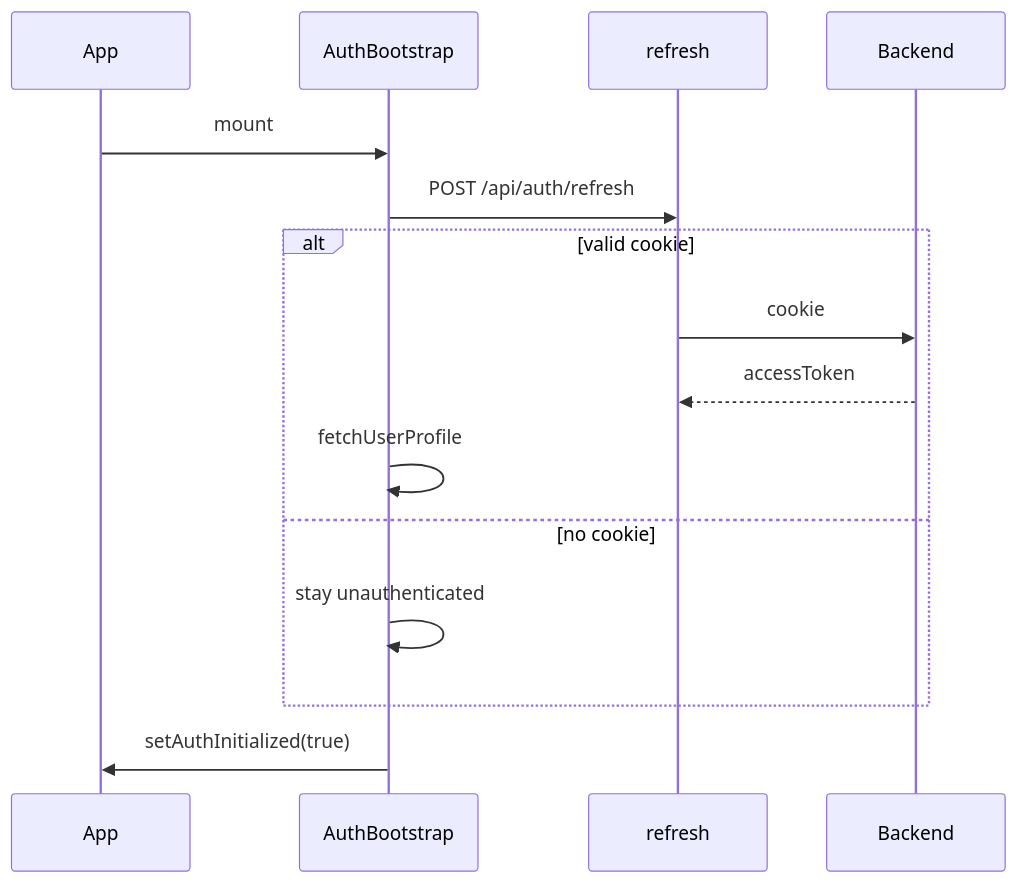
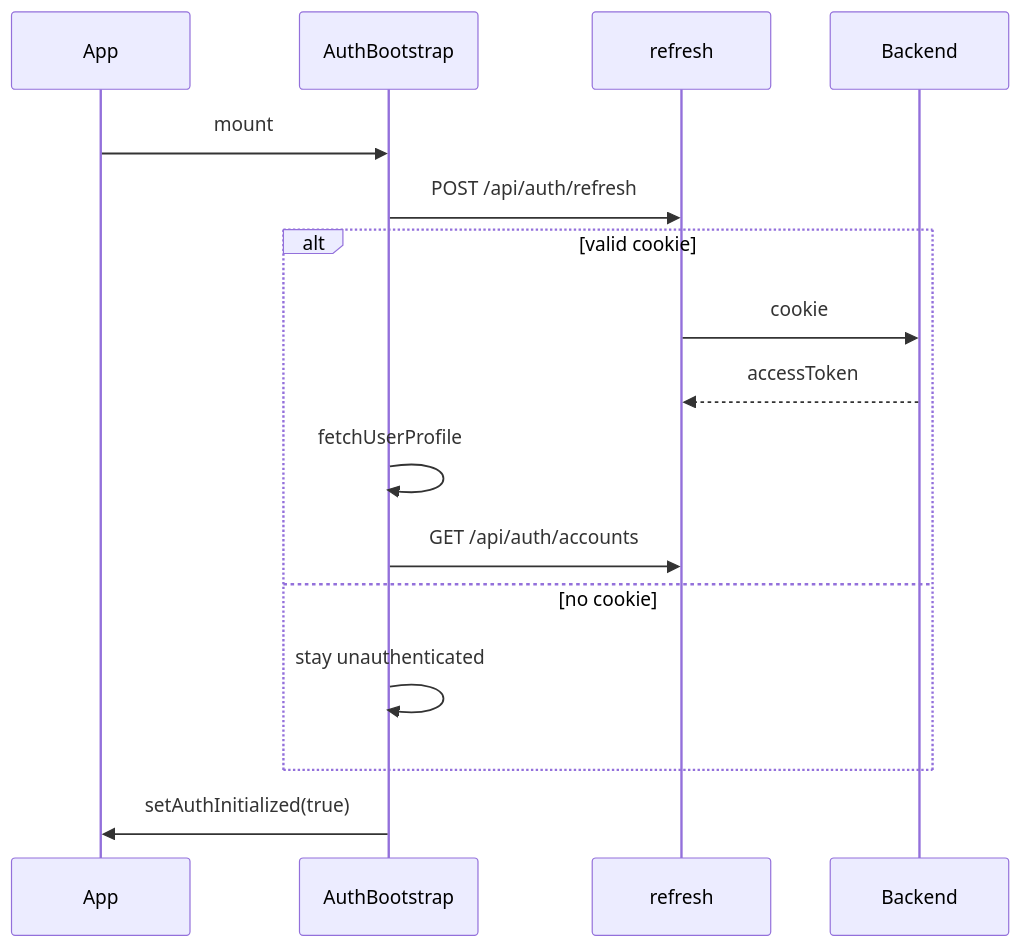
One commit to invatemi/social-network-frontend-react changed the third of 3 diagrams in docs/auth/overview.md. Above: the diagram before and after it, drawn with Mermaid. The commit also changed other lines of this file and 111 other files, not shown here.

````diff
--- a/docs/auth/overview.md
+++ b/docs/auth/overview.md
@@ -56,18 +76,19 @@
 ```mermaid
 sequenceDiagram
   participant App
   participant Bootstrap as AuthBootstrap
   participant RTK as refresh
   participant Backend
 
   App->>Bootstrap: mount
   Bootstrap->>RTK: POST /api/auth/refresh
   alt valid cookie
     RTK->>Backend: cookie
     Backend-->>RTK: accessToken
     Bootstrap->>Bootstrap: fetchUserProfile
+    Bootstrap->>RTK: GET /api/auth/accounts
   else no cookie
     Bootstrap->>Bootstrap: stay unauthenticated
   end
   Bootstrap->>App: setAuthInitialized(true)
 ```
````
